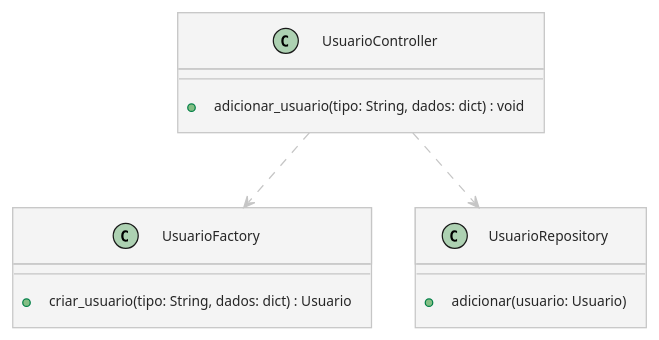
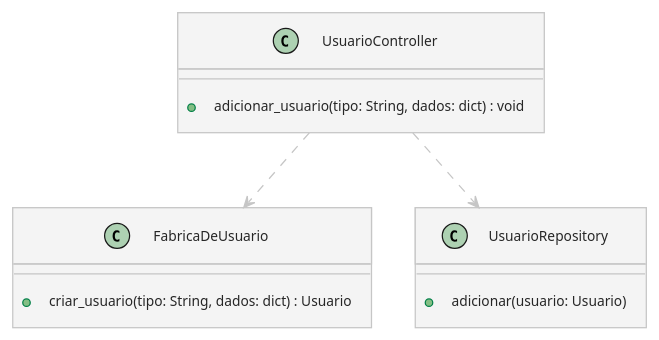
Before and after one commit to viniciuscandeia/MPS_Obsidian: the first of 4 diagrams in Novo Controller de Usuário.md, drawn with PlantUML. The commit also changed other lines of this file and 9 other files, not shown here.

````diff
--- a/Novo Controller de Usuário.md
+++ b/Novo Controller de Usuário.md
@@ -35,23 +35,23 @@
 ```plantuml
 
 @startuml
 !theme carbon-gray
 
 class UsuarioController {
   + adicionar_usuario(tipo: String, dados: dict) : void
 }
 
-class UsuarioFactory {
+class FabricaDeUsuario {
   + criar_usuario(tipo: String, dados: dict) : Usuario
 }
-UsuarioController ..> UsuarioFactory
+UsuarioController ..> FabricaDeUsuario
 
 class UsuarioRepository {
   + adicionar(usuario: Usuario)
 }
 
 UsuarioController ..> UsuarioRepository
 
 @enduml
 
 ```
````
